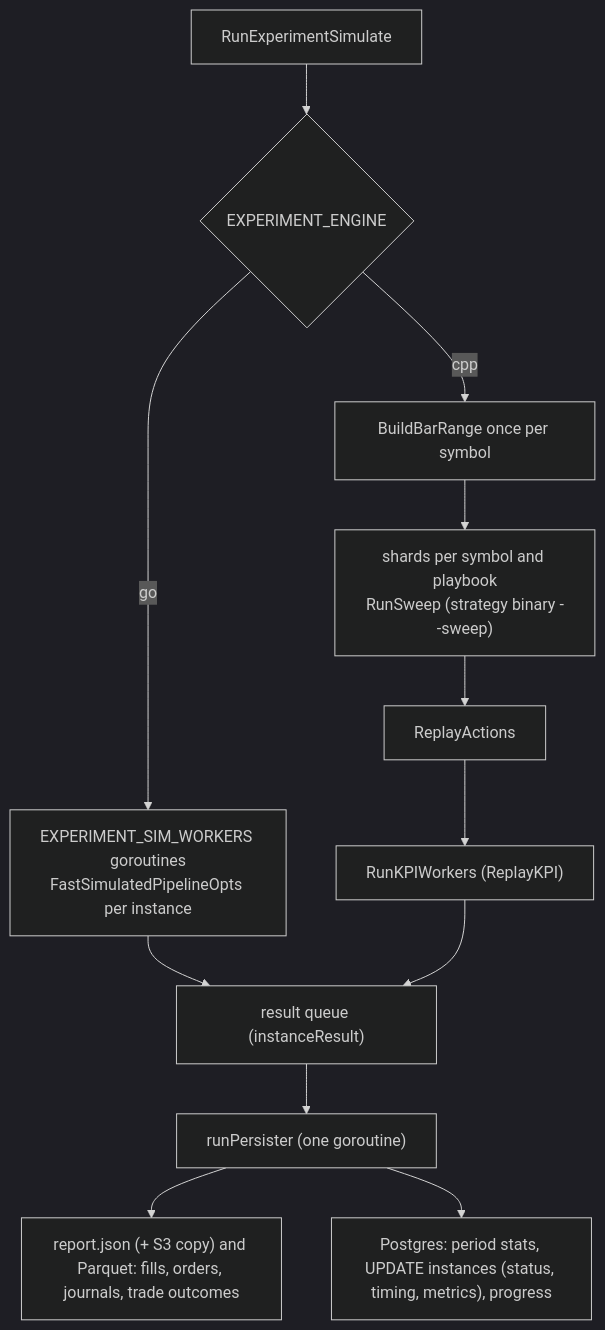
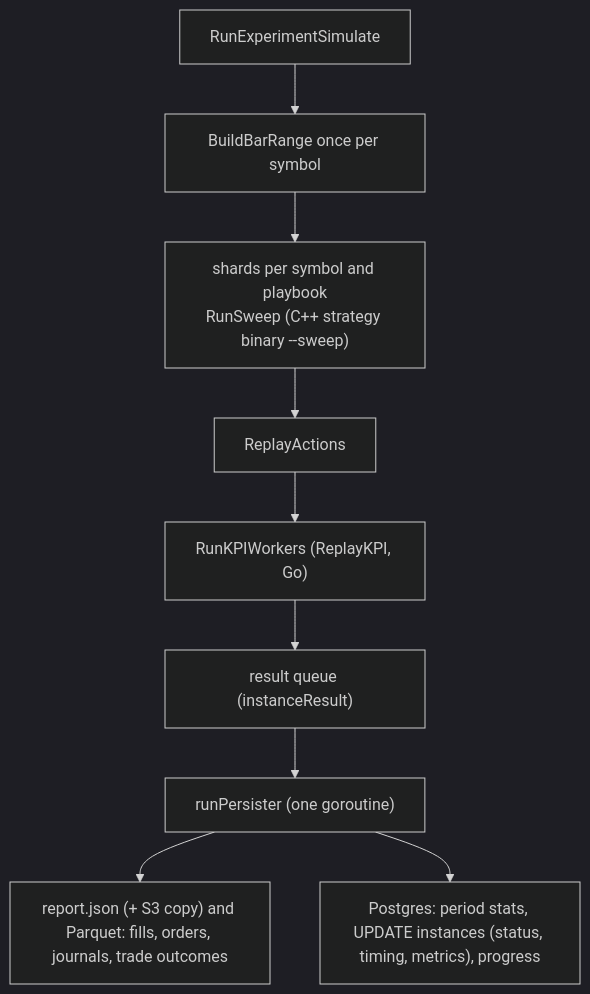
The second of 4 diagrams in docs/architecture/experiment-data-flow.md (MaxBernstetter/dagobert), drawn with Mermaid (dark theme) before and after one commit. The commit also changed other lines of this file and 11 other files, not shown here.

````diff
--- a/docs/architecture/experiment-data-flow.md
+++ b/docs/architecture/experiment-data-flow.md
@@ -40,14 +40,11 @@
 ```mermaid
 flowchart TD
-    S["RunExperimentSimulate"] --> E{"EXPERIMENT_ENGINE"}
-    E -->|go| G["EXPERIMENT_SIM_WORKERS goroutines<br/>FastSimulatedPipelineOpts per instance"]
-    E -->|cpp| C1["BuildBarRange once per symbol"]
-    C1 --> C2["shards per symbol and playbook<br/>RunSweep (strategy binary --sweep)"]
+    S["RunExperimentSimulate"] --> C1["BuildBarRange once per symbol"]
+    C1 --> C2["shards per symbol and playbook<br/>RunSweep (C++ strategy binary --sweep)"]
     C2 --> C3["ReplayActions"]
-    C3 --> C4["RunKPIWorkers (ReplayKPI)"]
-    G --> Q["result queue (instanceResult)"]
-    C4 --> Q
+    C3 --> C4["RunKPIWorkers (ReplayKPI, Go)"]
+    C4 --> Q["result queue (instanceResult)"]
     Q --> PS["runPersister (one goroutine)"]
     PS --> R["report.json (+ S3 copy) and Parquet: fills, orders, journals, trade outcomes"]
     PS --> PG["Postgres: period stats, UPDATE instances (status, timing, metrics), progress"]
 ```
````
